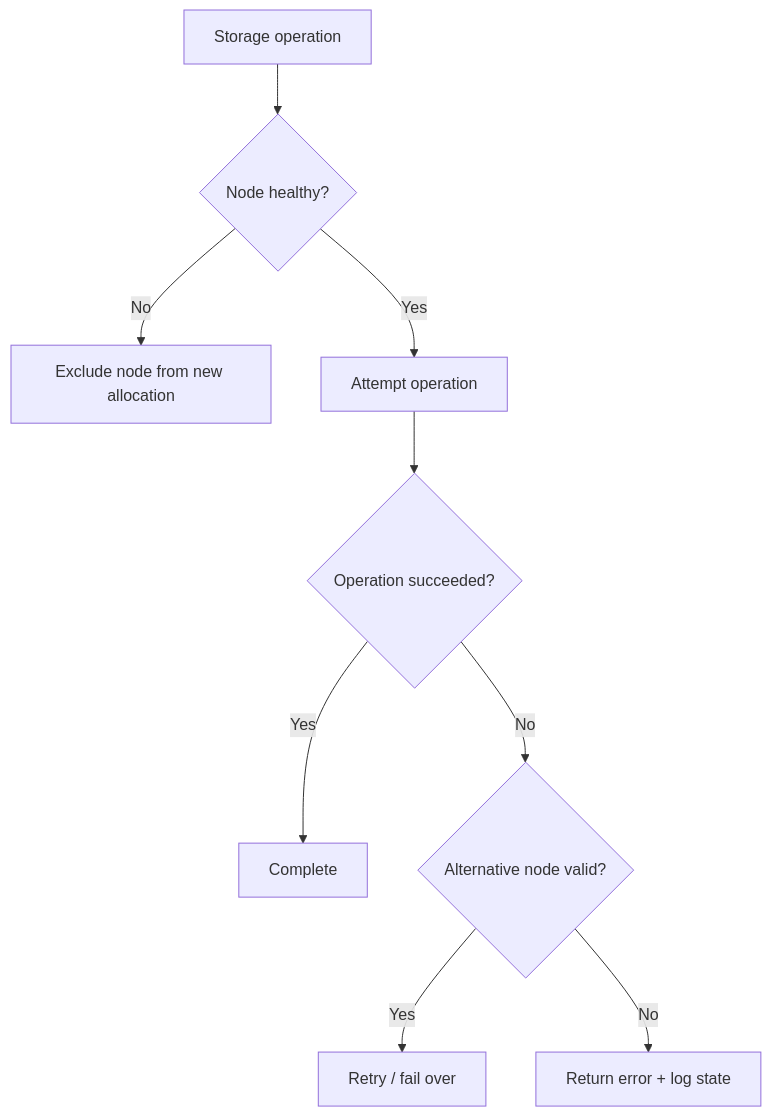
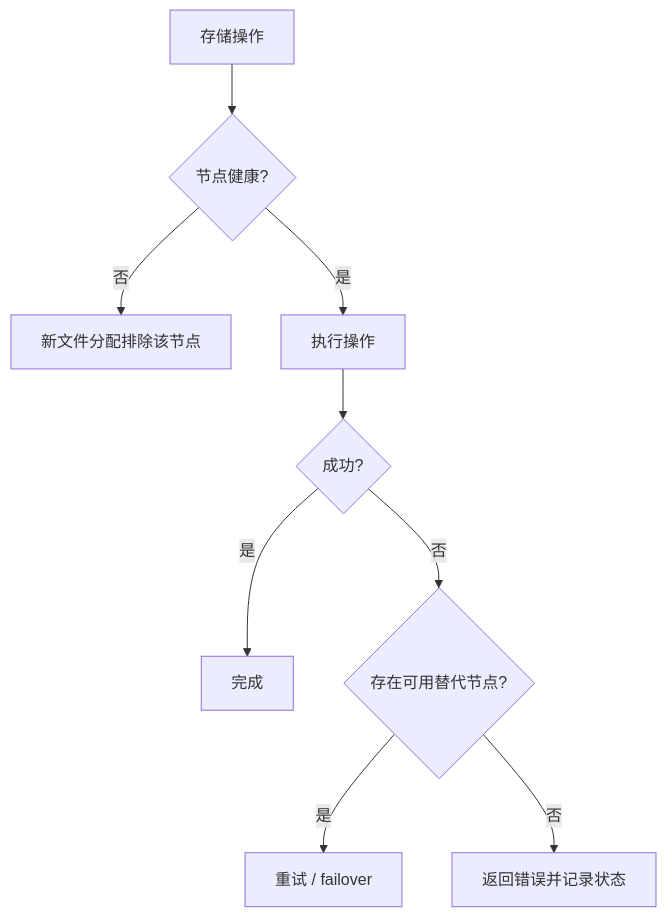
Before and after one commit to bowardzhang/immich: the fifth of 6 diagrams in RAILWAY_REMOTE_STORAGE.md, drawn with Mermaid. The commit also changed other lines of this file, not shown here.

Commit message:
docs: translate Railway storage guide to Chinese

````diff
--- a/RAILWAY_REMOTE_STORAGE.md
+++ b/RAILWAY_REMOTE_STORAGE.md
@@ -183,11 +194,11 @@
 ```mermaid
 flowchart TD
-    A[Storage operation] --> B{Node healthy?}
-    B -- No --> C[Exclude node from new allocation]
-    B -- Yes --> D[Attempt operation]
-    D --> E{Operation succeeded?}
-    E -- Yes --> F[Complete]
-    E -- No --> G{Alternative node valid?}
-    G -- Yes --> H[Retry / fail over]
-    G -- No --> I[Return error + log state]
+    A[存储操作] --> B{节点健康?}
+    B -- 否 --> C[新文件分配排除该节点]
+    B -- 是 --> D[执行操作]
+    D --> E{成功?}
+    E -- 是 --> F[完成]
+    E -- 否 --> G{存在可用替代节点?}
+    G -- 是 --> H[重试 / failover]
+    G -- 否 --> I[返回错误并记录状态]
 ```
````
